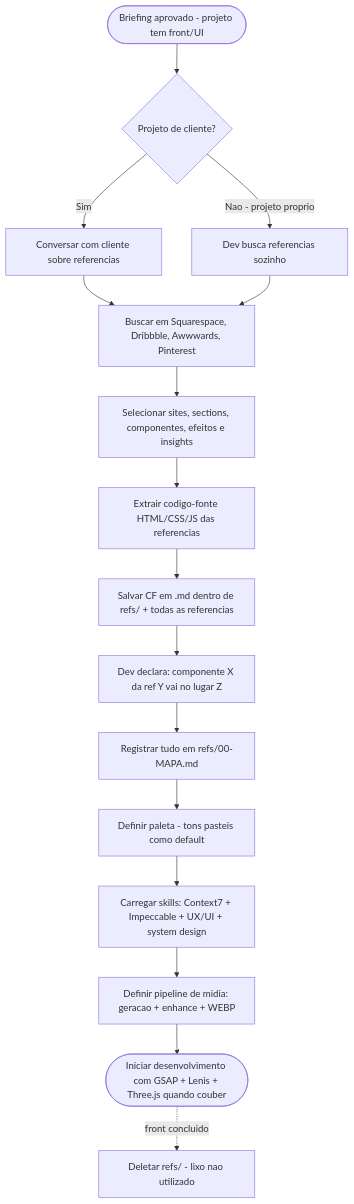
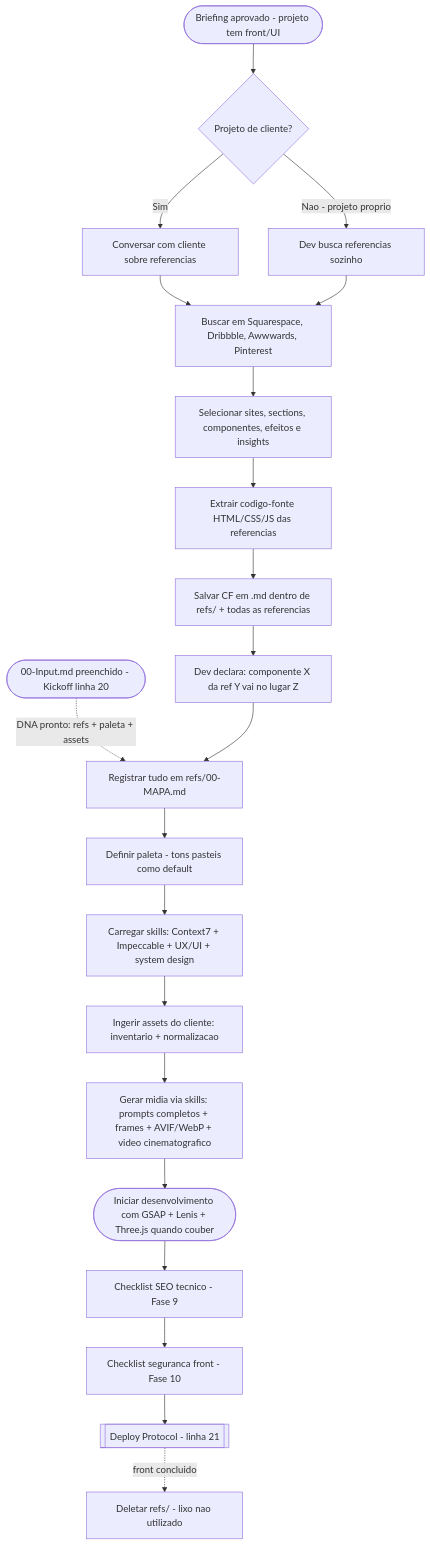
The diagram in Dev/0 - Planner Project/Frontend Creative Protocol.md (JoseLuizMendes/Dev), drawn with Mermaid before and after one commit. The commit also changed other lines of this file and 10 other files, not shown here.

````diff
--- a/Dev/0 - Planner Project/Frontend Creative Protocol.md
+++ b/Dev/0 - Planner Project/Frontend Creative Protocol.md
@@ -30,18 +35,23 @@
 ```mermaid
 flowchart TD
+    A0([00-Input.md preenchido - Kickoff linha 20]) -.->|DNA pronto: refs + paleta + assets| J
     A([Briefing aprovado - projeto tem front/UI]) --> B{Projeto de cliente?}
     B -->|Sim| C[Conversar com cliente sobre referencias]
     B -->|Nao - projeto proprio| D[Dev busca referencias sozinho]
     C --> E[Buscar em Squarespace, Dribbble, Awwwards, Pinterest]
     D --> E
     E --> F[Selecionar sites, sections, componentes, efeitos e insights]
     F --> G[Extrair codigo-fonte HTML/CSS/JS das referencias]
     G --> H[Salvar CF em .md dentro de refs/ + todas as referencias]
     H --> I[Dev declara: componente X da ref Y vai no lugar Z]
     I --> J[Registrar tudo em refs/00-MAPA.md]
     J --> K[Definir paleta - tons pasteis como default]
     K --> L[Carregar skills: Context7 + Impeccable + UX/UI + system design]
-    L --> M[Definir pipeline de midia: geracao + enhance + WEBP]
+    L --> M0[Ingerir assets do cliente: inventario + normalizacao]
+    M0 --> M[Gerar midia via skills: prompts completos + frames + AVIF/WebP + video cinematografico]
     M --> N([Iniciar desenvolvimento com GSAP + Lenis + Three.js quando couber])
-    N -.->|front concluido| O[Deletar refs/ - lixo nao utilizado]
+    N --> S[Checklist SEO tecnico - Fase 9]
+    S --> SEC[Checklist seguranca front - Fase 10]
+    SEC --> DP[[Deploy Protocol - linha 21]]
+    DP -.->|front concluido| O[Deletar refs/ - lixo nao utilizado]
 ```
````
